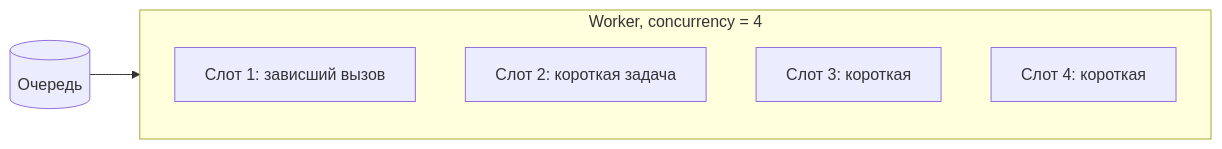
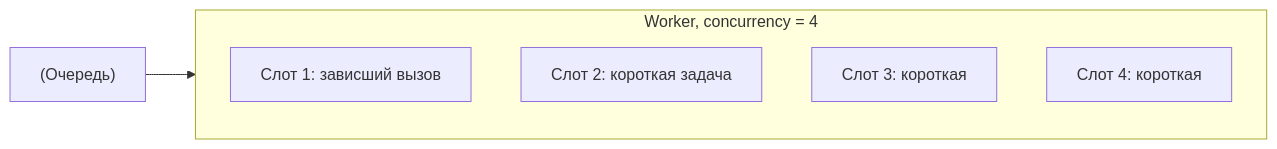
One commit to DDoSKudya/ai-study-atlas changed the third of 4 diagrams in directions/services/celery/pact/16_proizvoditelnost_throughput_i_masshtabirovanie/13_16_16_4_nastroyki_vliyayushchie_na_proizvoditelnost.md. Above: the diagram before and after it, drawn with Mermaid. The commit also changed other lines of this file and 322 other files, not shown here.

Commit message:
fix(docs): make mermaid diagrams GitHub-compatible across directions content

````diff
--- a/directions/services/celery/pact/16_proizvoditelnost_throughput_i_masshtabirovanie/13_16_16_4_nastroyki_vliyayushchie_na_proizvoditelnost.md
+++ b/directions/services/celery/pact/16_proizvoditelnost_throughput_i_masshtabirovanie/13_16_16_4_nastroyki_vliyayushchie_na_proizvoditelnost.md
@@ -99,10 +99,10 @@
 ```mermaid
 flowchart LR
   subgraph pool["Worker, concurrency = 4"]
-    S1[Слот 1: зависший вызов]
-    S2[Слот 2: короткая задача]
-    S3[Слот 3: короткая]
-    S4[Слот 4: короткая]
+    S1["Слот 1: зависший вызов"]
+    S2["Слот 2: короткая задача"]
+    S3["Слот 3: короткая"]
+    S4["Слот 4: короткая"]
   end
-  Q[(Очередь)] --> pool
+  Q["(Очередь)"] --> pool
 ```
````
